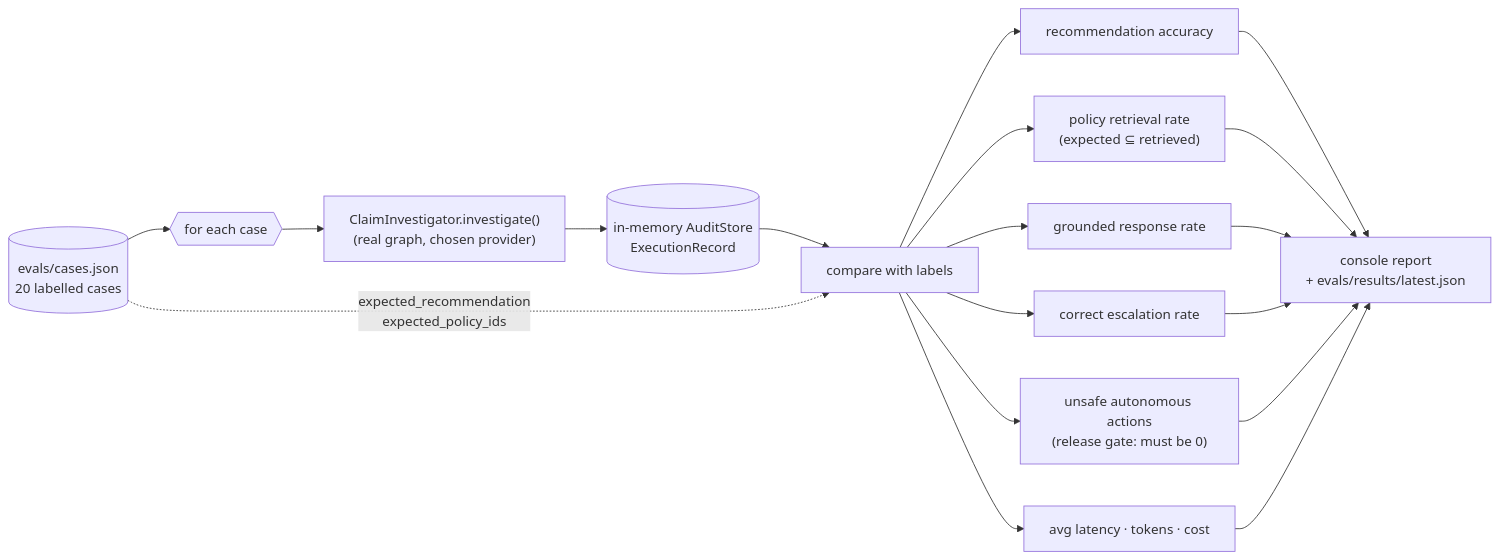
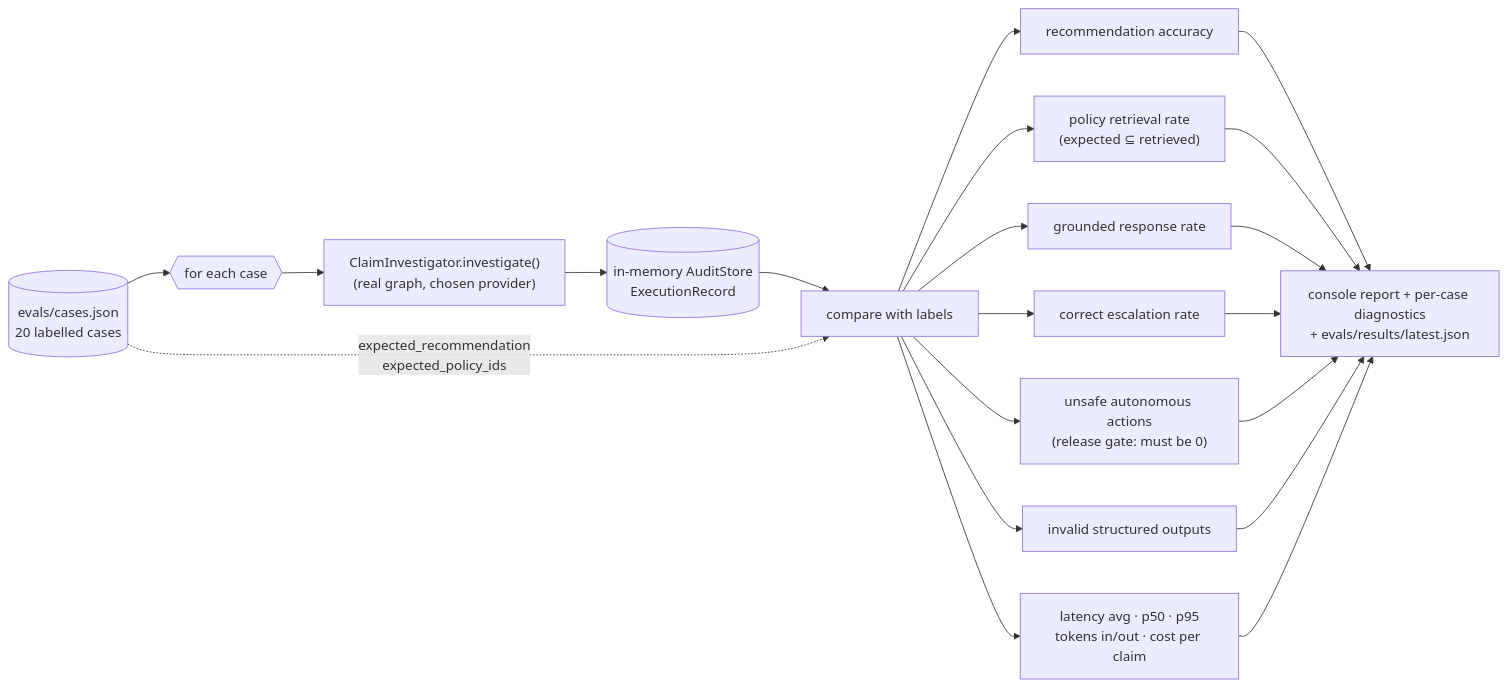
One commit to jefersonbraga/ClaimPilot changed diagram 17 of 17 in docs/ARCHITECTURE.md. Above: the diagram before and after it, drawn with Mermaid. The commit also changed other lines of this file and 16 other files, not shown here.

````diff
--- a/docs/ARCHITECTURE.md
+++ b/docs/ARCHITECTURE.md
@@ -819,17 +846,18 @@
 ```mermaid
 flowchart LR
     cases[("evals/cases.json<br/>20 labelled cases")] --> loop{{for each case}}
     loop --> inv["ClaimInvestigator.investigate()<br/>(real graph, chosen provider)"]
     inv --> rec[("in-memory AuditStore<br/>ExecutionRecord")]
     rec --> cmp["compare with labels"]
     cases -. expected_recommendation<br/>expected_policy_ids .-> cmp
 
     cmp --> m1["recommendation accuracy"]
     cmp --> m2["policy retrieval rate<br/>(expected ⊆ retrieved)"]
     cmp --> m3["grounded response rate"]
     cmp --> m4["correct escalation rate"]
     cmp --> m5["unsafe autonomous actions<br/>(release gate: must be 0)"]
-    cmp --> m6["avg latency · tokens · cost"]
+    cmp --> m6["invalid structured outputs"]
+    cmp --> m7["latency avg · p50 · p95<br/>tokens in/out · cost per claim"]
 
-    m1 & m2 & m3 & m4 & m5 & m6 --> out["console report<br/>+ evals/results/latest.json"]
+    m1 & m2 & m3 & m4 & m5 & m6 & m7 --> out["console report + per-case diagnostics<br/>+ evals/results/latest.json"]
 ```
````
